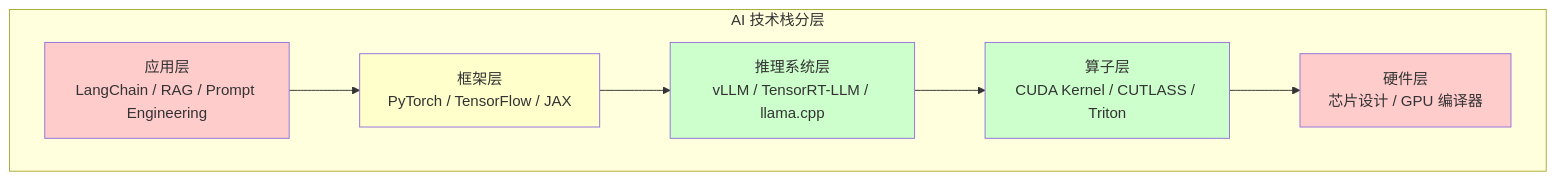
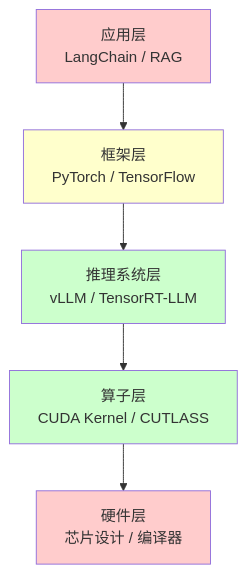
Before and after one commit to jpixy/jpixy.github.io: the first of 30 diagrams in content/articles/ai/ai-31-AI-C++工程师入门实战指南.md, drawn with Mermaid. The commit also changed other lines of this file, not shown here.

Commit message:
fix: convert CUDA learning path diagram to vertical layout

````diff
--- a/content/articles/ai/ai-31-AI-C++工程师入门实战指南.md
+++ b/content/articles/ai/ai-31-AI-C++工程师入门实战指南.md
@@ -20,18 +20,19 @@
 ```mermaid
 graph TB
-    subgraph "AI 技术栈分层"
-        A["应用层<br/>LangChain / RAG / Prompt Engineering"]
-        B["框架层<br/>PyTorch / TensorFlow / JAX"]
-        C["推理系统层<br/>vLLM / TensorRT-LLM / llama.cpp"]
-        D["算子层<br/>CUDA Kernel / CUTLASS / Triton"]
-        E["硬件层<br/>芯片设计 / GPU 编译器"]
-    end
+    A["应用层<br/>LangChain / RAG"]
+    B["框架层<br/>PyTorch / TensorFlow"]
+    C["推理系统层<br/>vLLM / TensorRT-LLM"]
+    D["算子层<br/>CUDA Kernel / CUTLASS"]
+    E["硬件层<br/>芯片设计 / 编译器"]
     
-    A --> B --> C --> D --> E
+    A --> B
+    B --> C
+    C --> D
+    D --> E
     
     style A fill:#ffcccc
     style B fill:#ffffcc
     style C fill:#ccffcc
     style D fill:#ccffcc
     style E fill:#ffcccc
 ```
````
